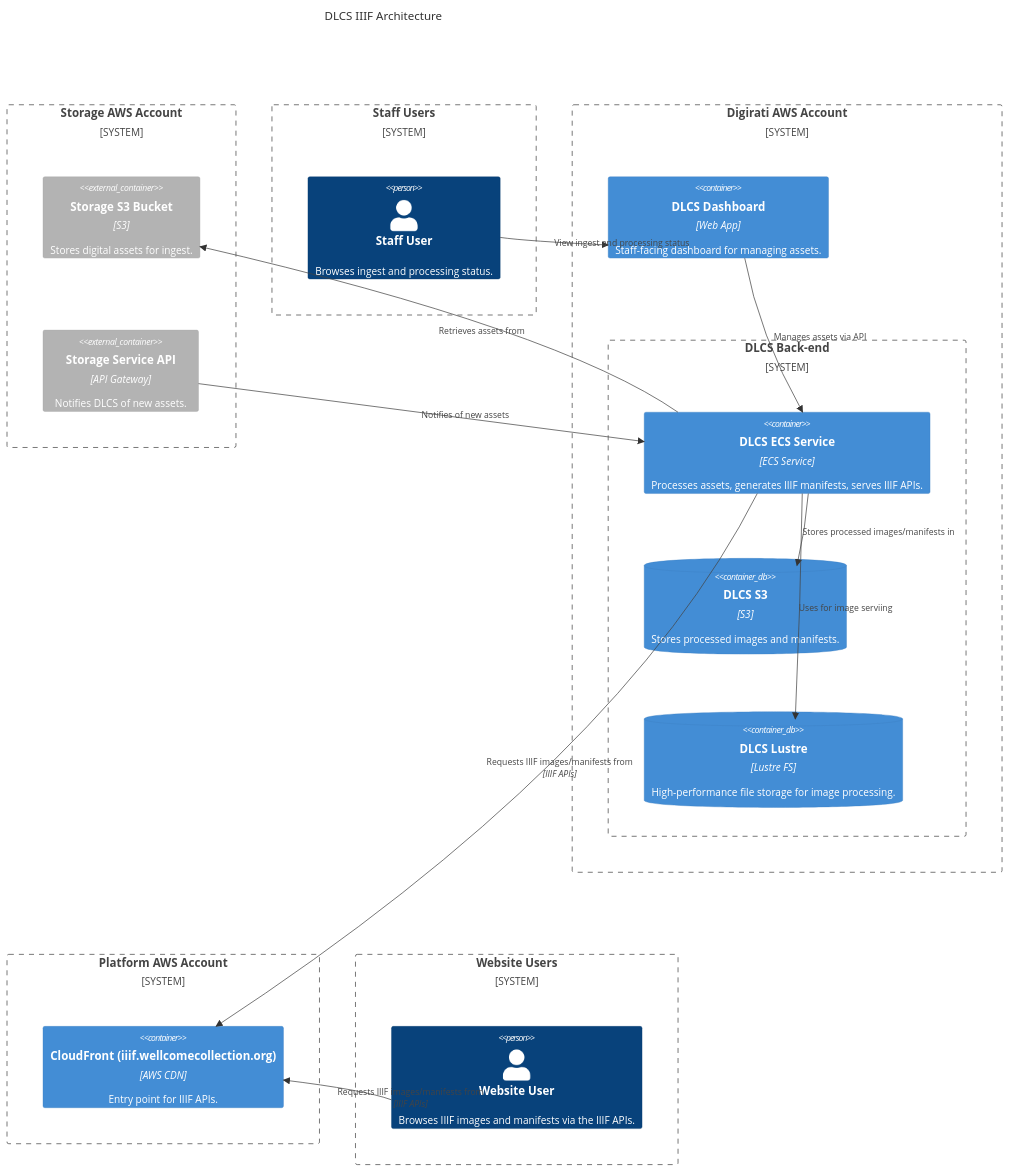
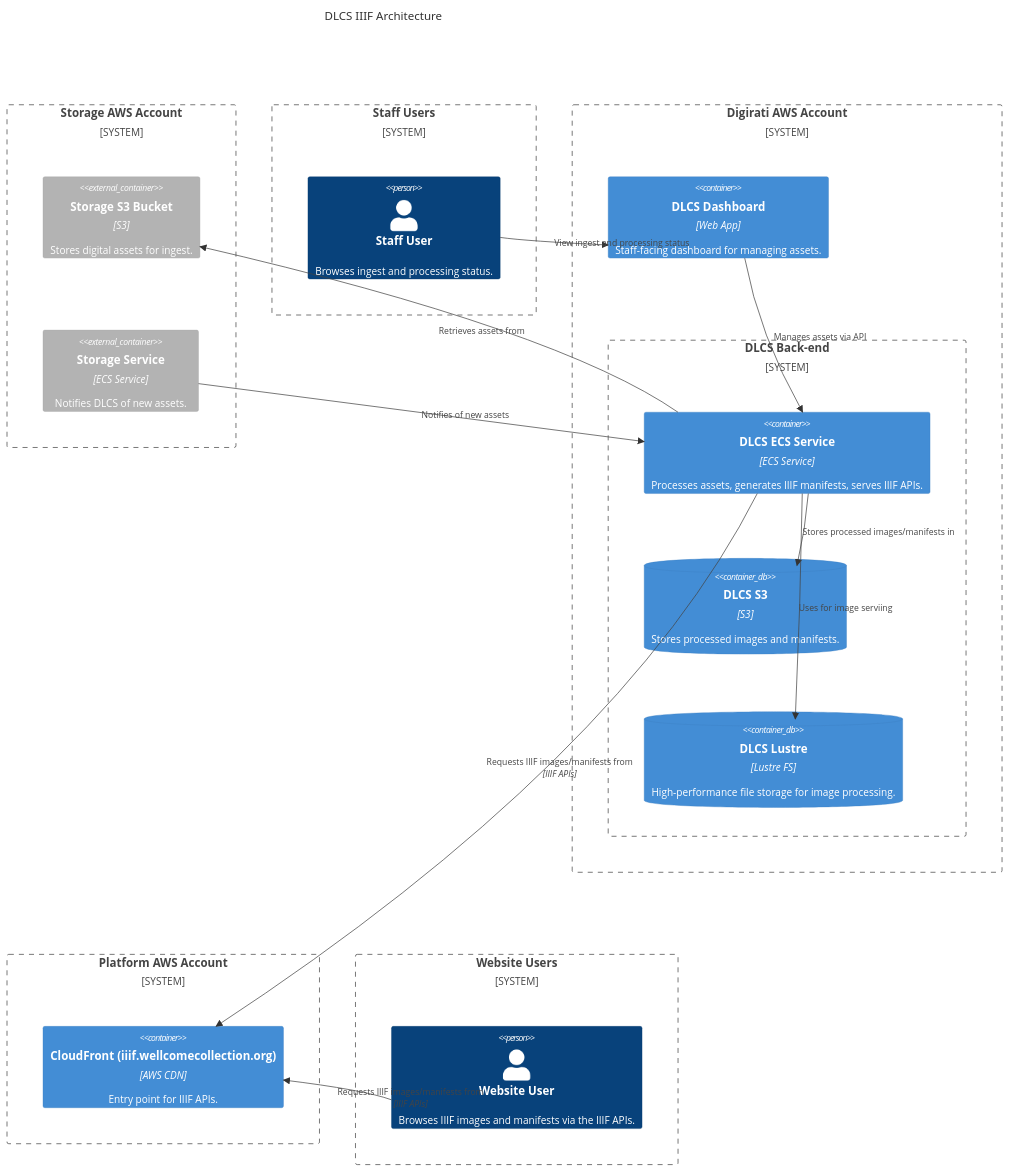
The diagram in architecture/services/workflow/dlcs_iiif.md (wellcomecollection/docs), drawn with Mermaid before and after one commit.

Commit message:
wring service type

````diff
--- a/architecture/services/workflow/dlcs_iiif.md
+++ b/architecture/services/workflow/dlcs_iiif.md
@@ -11,44 +11,44 @@
 ```mermaid
 C4Container
     title DLCS IIIF Architecture
 
     System_Boundary(storage_account, "Storage AWS Account") {
         Container_Ext(storage_s3, "Storage S3 Bucket", "S3", "Stores digital assets for ingest.")
-        Container_Ext(storage_service, "Storage Service API", "API Gateway", "Notifies DLCS of new assets.")
+        Container_Ext(storage_service, "Storage Service", "ECS Service", "Notifies DLCS of new assets.")
     }
 
 
     System_Boundary(staff_users, "Staff Users") {
         Person(staff_user, "Staff User", "Browses ingest and processing status.")
     }
 
     System_Boundary(dlcs_account, "Digirati AWS Account") {
                     Container(dlcs_dashboard, "DLCS Dashboard", "Web App", "Staff-facing dashboard for managing assets.")
         System_Boundary(dlcs_backend, "DLCS Back-end") {
             Container(dlcs_ecs, "DLCS ECS Service", "ECS Service", "Processes assets, generates IIIF manifests, serves IIIF APIs.")
             ContainerDb(dlcs_s3, "DLCS S3", "S3", "Stores processed images and manifests.")
             ContainerDb(dlcs_lustre, "DLCS Lustre", "Lustre FS", "High-performance file storage for image processing.")
         }
     }
 
     System_Boundary(platform_account, "Platform AWS Account") {
         Container(api_cloudfront, "CloudFront (iiif.wellcomecollection.org)", "AWS CDN", "Entry point for IIIF APIs.")
     }
 
     System_Boundary(users, "Website Users") {
         Person(website_user, "Website User", "Browses IIIF images and manifests via the IIIF APIs.")
     }
 
     Rel(storage_service, dlcs_ecs, "Notifies of new assets")
     Rel(dlcs_ecs, storage_s3, "Retrieves assets from")
     Rel(dlcs_ecs, dlcs_s3, "Stores processed images/manifests in")
     Rel(dlcs_ecs, dlcs_lustre, "Uses for image serviing")
     Rel(dlcs_ecs, api_cloudfront, "Requests IIIF images/manifests from", "IIIF APIs")
     Rel(website_user, api_cloudfront, "Requests IIIF images/manifests from", "IIIF APIs")
 
     Rel(dlcs_dashboard, dlcs_ecs, "Manages assets via API")
     Rel(staff_user, dlcs_dashboard, "View ingest and processing status")
 
 
     UpdateLayoutConfig($c4ShapeInRow="2", $c4BoundaryInRow="3")
 ```
````
